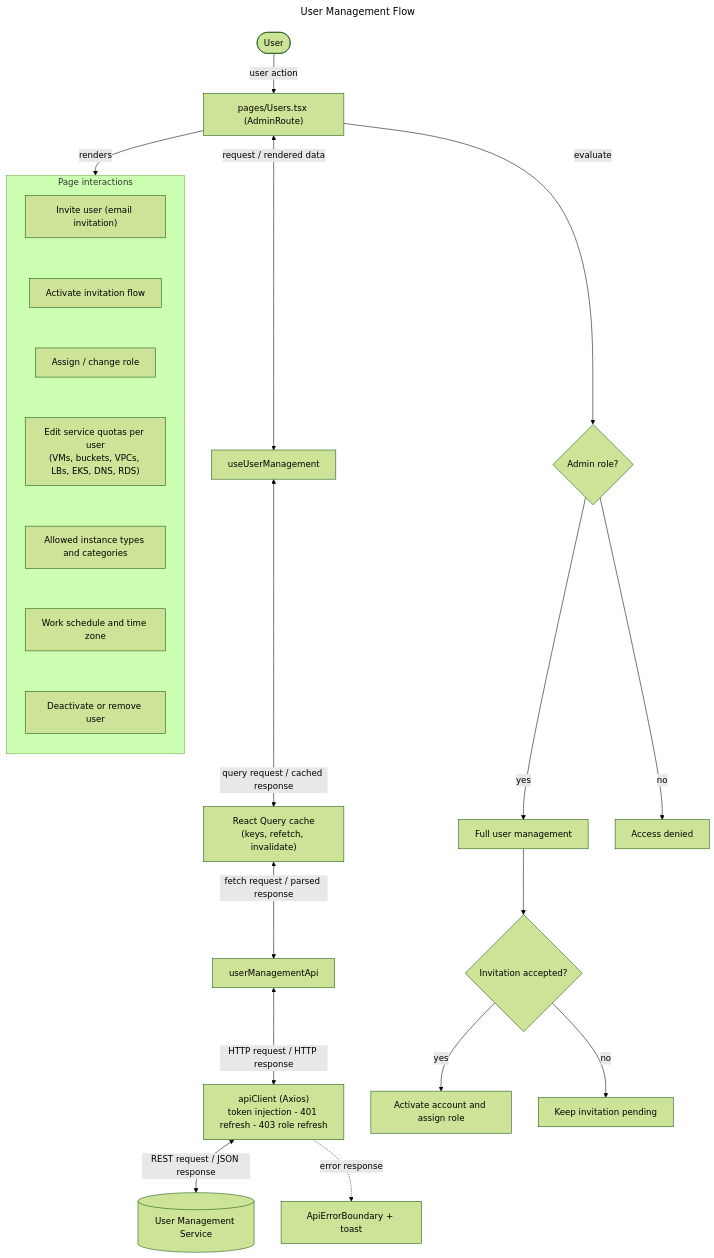
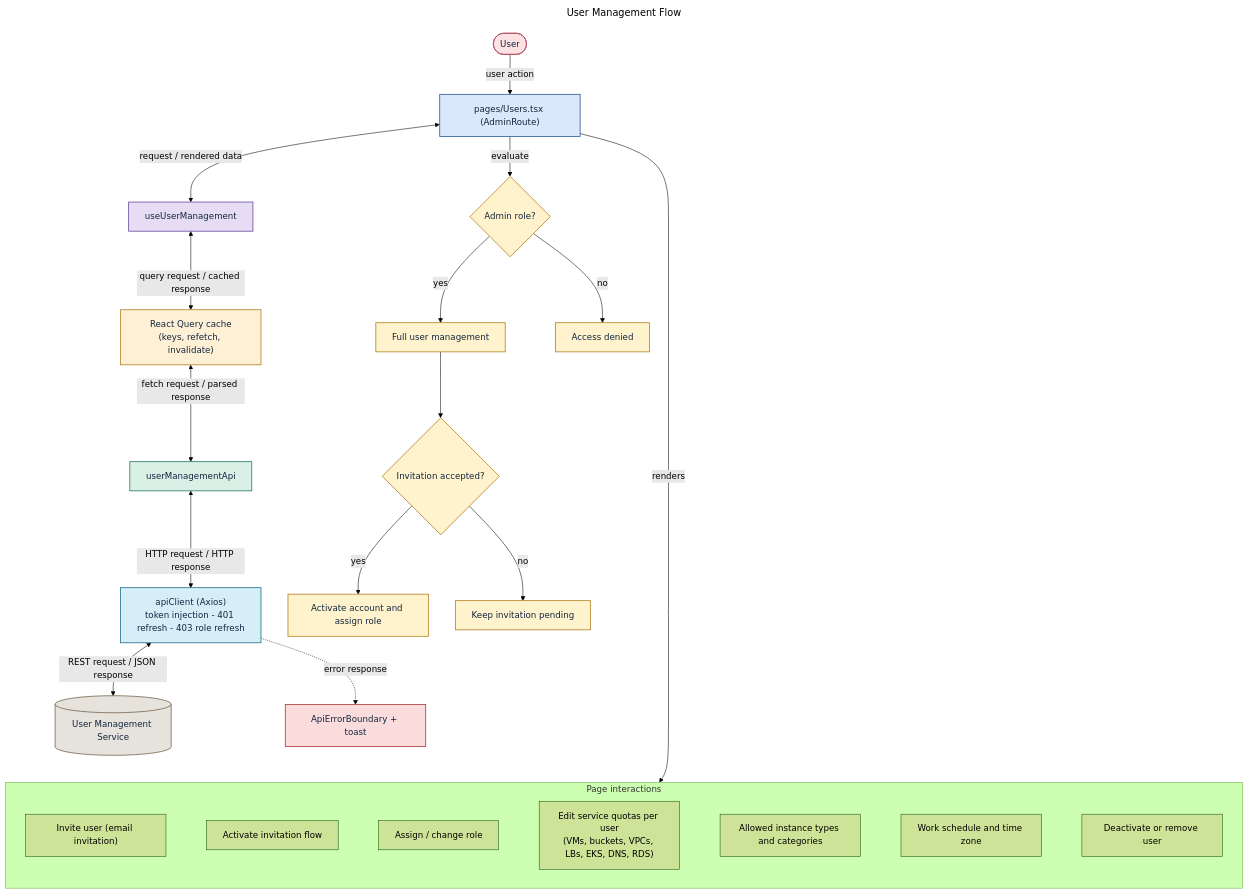
The diagram in docs/flowcharts/users-roles.mmd (sayeeduddinofficial/user-table-view), drawn with Mermaid (forest theme) before and after one commit. The commit also changed 41 other files, not shown here.

Commit message:
Flowcharts

```diff
--- a/docs/flowcharts/users-roles.mmd
+++ b/docs/flowcharts/users-roles.mmd
@@ -1,31 +1,52 @@
 ---
 title: User Management Flow
 ---
 flowchart TD
   U([User]) -->|"user action"| P["pages/Users.tsx (AdminRoute)"]
   P <-->|"request / rendered data"| H["useUserManagement"]
   H <-->|"query request / cached response"| Q["React Query cache<br/>(keys, refetch, invalidate)"]
   Q <-->|"fetch request / parsed response"| A["userManagementApi"]
   A <-->|"HTTP request / HTTP response"| C["apiClient (Axios)<br/>token injection - 401 refresh - 403 role refresh"]
   C <-->|"REST request / JSON response"| S[("User Management Service")]
   P -->|"renders"| UI
   subgraph UI[Page interactions]
-    direction TB
+    direction LR
     S0["Invite user (email invitation)"]
     S1["Activate invitation flow"]
     S2["Assign / change role"]
     S3["Edit service quotas per user<br/>(VMs, buckets, VPCs, LBs, EKS, DNS, RDS)"]
     S4["Allowed instance types and categories"]
     S5["Work schedule and time zone"]
     S6["Deactivate or remove user"]
     S0 ~~~ S1 ~~~ S2 ~~~ S3 ~~~ S4 ~~~ S5 ~~~ S6
   end
   C -. "error response" .-> E["ApiErrorBoundary + toast"]
+  E ~~~ UI
 
   %% ---- Key decisions ----
   P -->|"evaluate"| X0
   X0{"Admin role?"} -->|"yes"| X1["Full user management"]
   X0 -->|"no"| X2["Access denied"]
   X1 --> X3{"Invitation accepted?"}
   X3 -->|"yes"| X4["Activate account and assign role"]
   X3 -->|"no"| X5["Keep invitation pending"]
+
+%% ---- styles ----
+classDef actor fill:#fde2e4,stroke:#b3546a,stroke-width:1.5px,color:#12263f;
+classDef page fill:#dbe7fb,stroke:#2f5d9e,stroke-width:1.5px,color:#12263f;
+classDef hook fill:#e6ddf5,stroke:#6b4fa0,stroke-width:1.5px,color:#12263f;
+classDef cache fill:#fdf0d5,stroke:#b58324,stroke-width:1.5px,color:#12263f;
+classDef api fill:#d8f0e6,stroke:#2e7d5b,stroke-width:1.5px,color:#12263f;
+classDef client fill:#d5eef7,stroke:#22708c,stroke-width:1.5px,color:#12263f;
+classDef svc fill:#e6e2dc,stroke:#7a6a55,stroke-width:1.5px,color:#12263f;
+classDef err fill:#fbdcdc,stroke:#b03a3a,stroke-width:1.5px,color:#12263f;
+classDef dec fill:#fff3cd,stroke:#b58324,stroke-width:1.5px,color:#12263f;
+class A api;
+class C client;
+class E err;
+class H hook;
+class P page;
+class Q cache;
+class S svc;
+class U actor;
+class X0,X1,X2,X3,X4,X5 dec;
```
